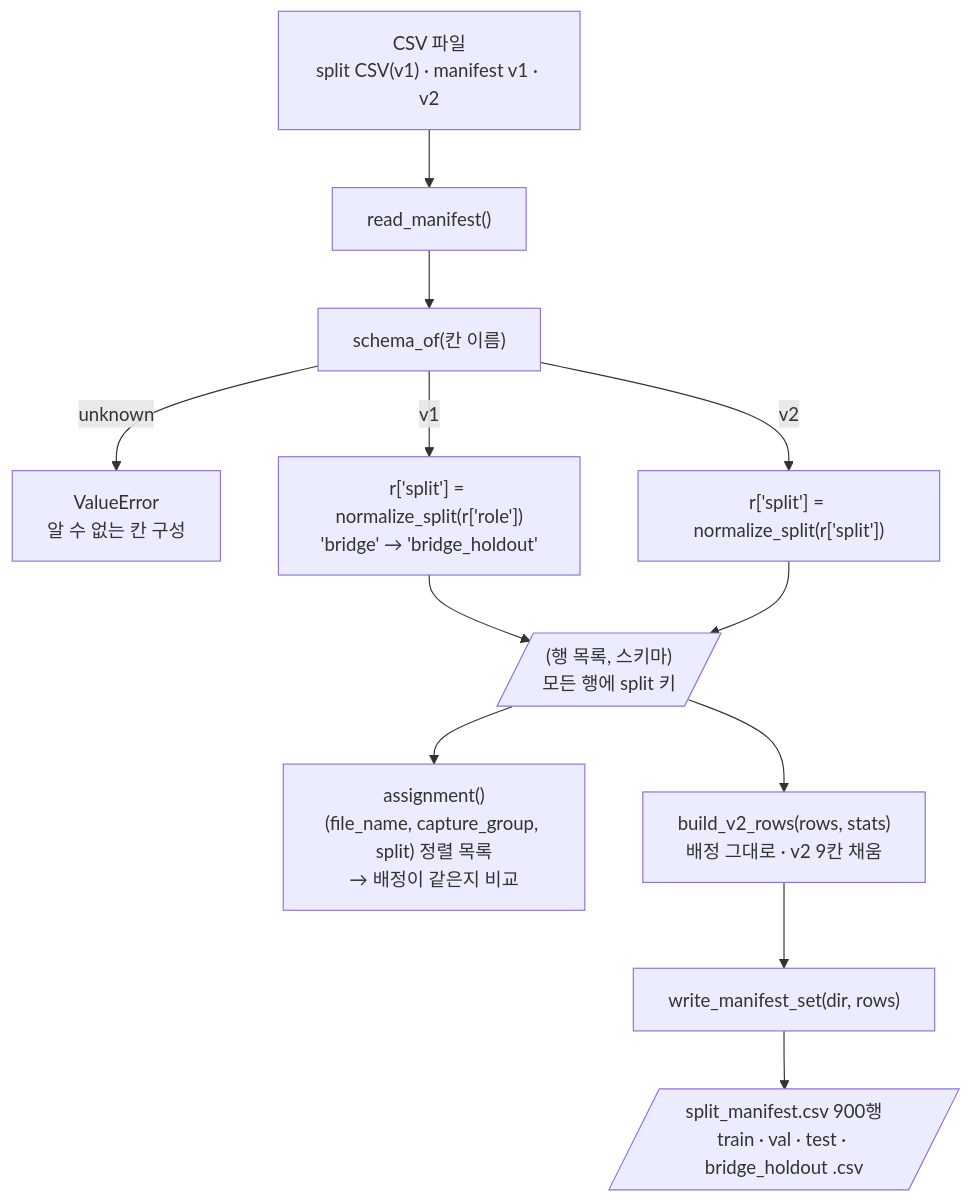
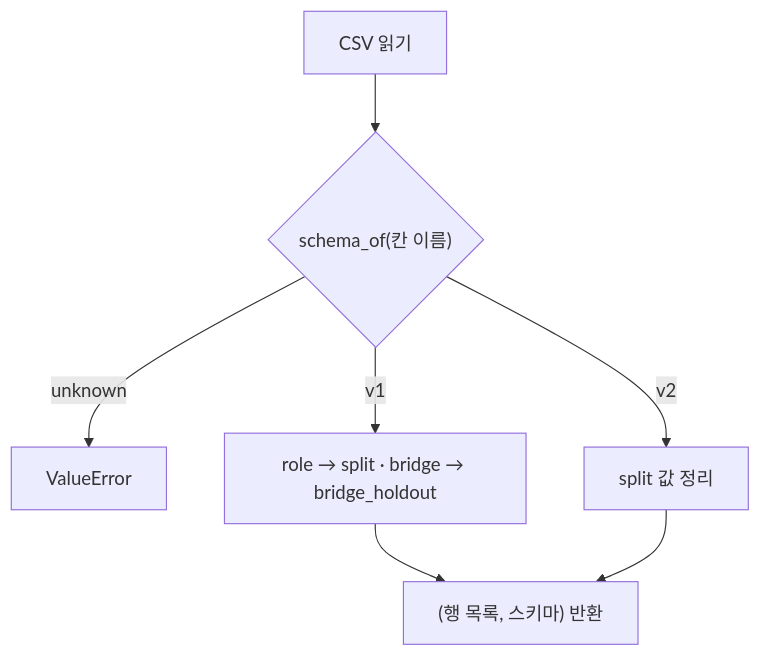
One commit to howolcat/prj2026.10 changed the diagram in prj08/docs/code_review/src/manifest.md. Above: the diagram before and after it, drawn with Mermaid. The commit also changed other lines of this file and 25 other files, not shown here.

````diff
--- a/prj08/docs/code_review/src/manifest.md
+++ b/prj08/docs/code_review/src/manifest.md
@@ -46,14 +33,9 @@
 ```mermaid
 flowchart TD
-    A["CSV 파일<br/>split CSV(v1) · manifest v1 · v2"] --> B["read_manifest()"]
-    B --> C["schema_of(칸 이름)"]
-    C -->|unknown| X["ValueError<br/>알 수 없는 칸 구성"]
-    C -->|v1| D["r['split'] = normalize_split(r['role'])<br/>'bridge' → 'bridge_holdout'"]
-    C -->|v2| E["r['split'] = normalize_split(r['split'])"]
-    D --> F[/"(행 목록, 스키마)<br/>모든 행에 split 키"/]
-    E --> F
-    F --> G["assignment()<br/>(file_name, capture_group, split) 정렬 목록<br/>→ 배정이 같은지 비교"]
-    F --> H["build_v2_rows(rows, stats)<br/>배정 그대로 · v2 9칸 채움"]
-    H --> I["write_manifest_set(dir, rows)"]
-    I --> J[/"split_manifest.csv 900행<br/>train · val · test · bridge_holdout .csv"/]
+    A["CSV 읽기"] --> B{"schema_of(칸 이름)"}
+    B -->|unknown| X["ValueError"]
+    B -->|v1| C["role → split · bridge → bridge_holdout"]
+    B -->|v2| D["split 값 정리"]
+    C --> E["(행 목록, 스키마) 반환"]
+    D --> E
 ```
````
